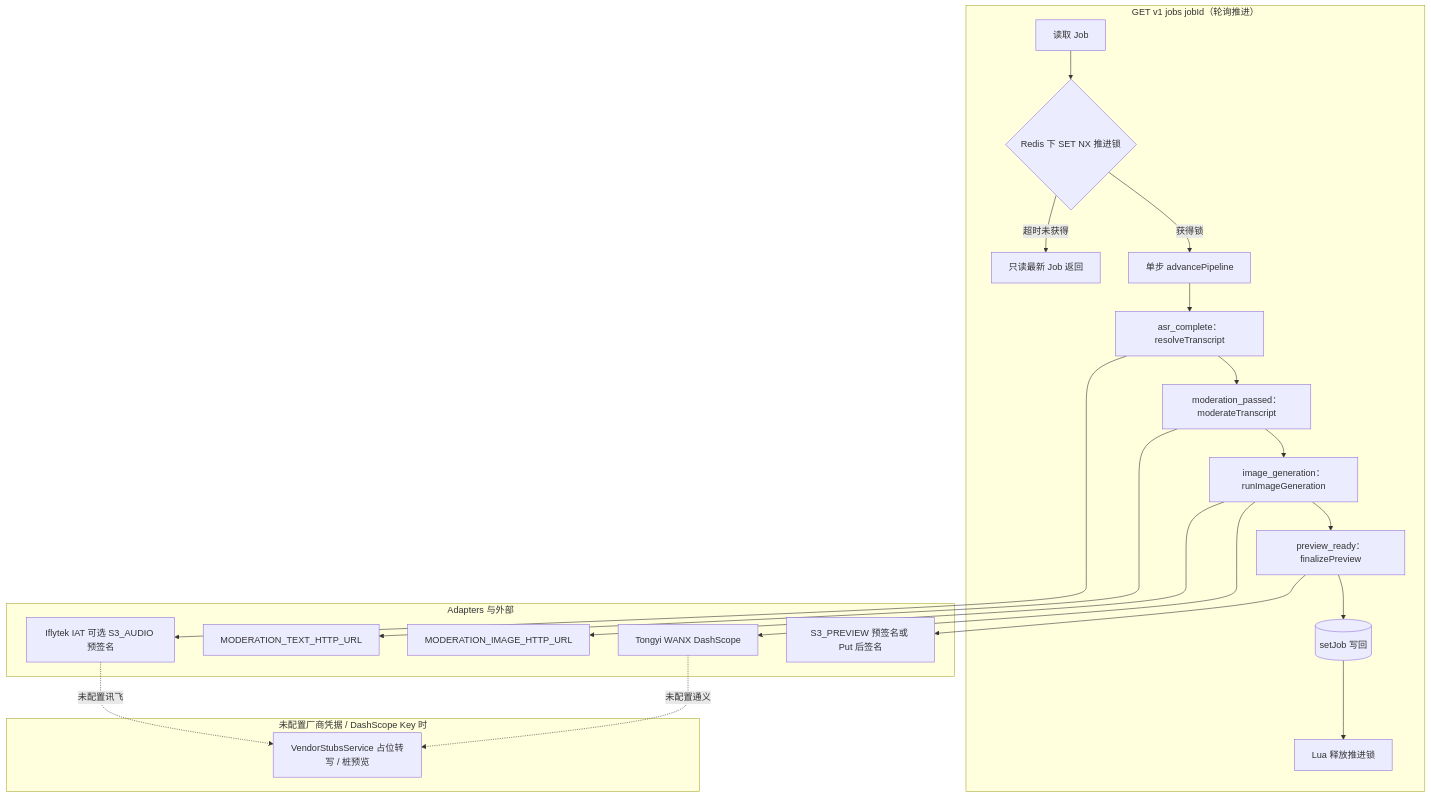
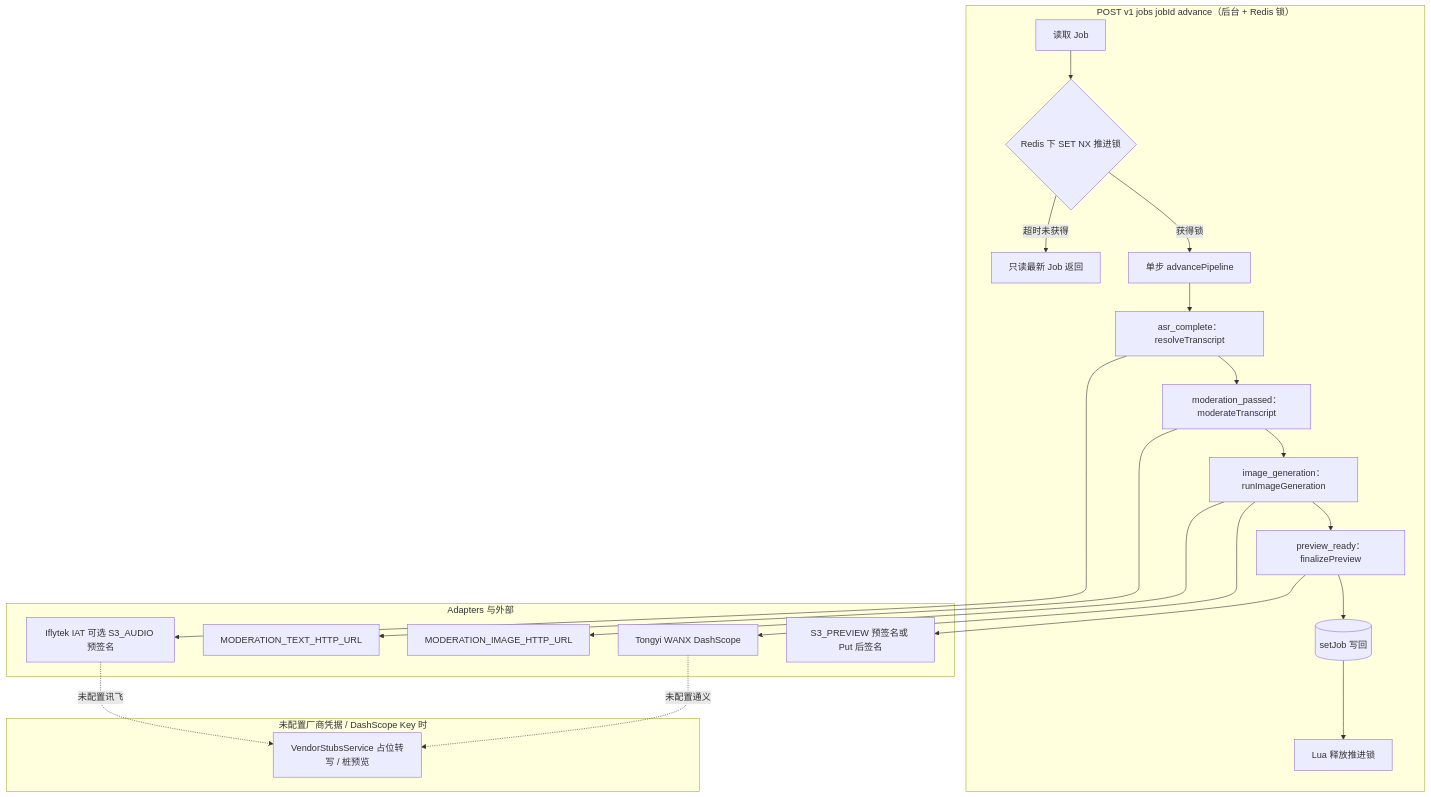
The third of 3 diagrams in doc/4. 服务器端设计.md (ivanzwb/fancy-print), drawn with Mermaid before and after one commit. The commit also changed other lines of this file and 21 other files, not shown here.

````diff
--- a/doc/4. 服务器端设计.md
+++ b/doc/4. 服务器端设计.md
@@ -169,31 +169,31 @@
 ```mermaid
 flowchart TB
-  subgraph poll["GET v1 jobs jobId（轮询推进）"]
+  subgraph poll["POST v1 jobs jobId advance（后台 + Redis 锁）"]
     RQ[读取 Job]
     LK{Redis 下 SET NX 推进锁}
     RQ --> LK
     LK -->|获得锁| ADV[单步 advancePipeline]
     LK -->|超时未获得| RD[只读最新 Job 返回]
     ADV --> T1[asr_complete：resolveTranscript]
     T1 --> T2[moderation_passed：moderateTranscript]
     T2 --> T3[image_generation：runImageGeneration]
     T3 --> T4[preview_ready：finalizePreview]
     T4 --> W1[(setJob 写回)]
     W1 --> REL[Lua 释放推进锁]
   end
 
   subgraph adapters["Adapters 与外部"]
     T1 --> H1[Iflytek IAT 可选 S3_AUDIO 预签名]
     T2 --> H2[MODERATION_TEXT_HTTP_URL]
     T3 --> H3[Tongyi WANX DashScope]
     T3 --> H4[MODERATION_IMAGE_HTTP_URL]
     T4 --> H5[S3_PREVIEW 预签名或 Put 后签名]
   end
 
   subgraph nosup["未配置厂商凭据 / DashScope Key 时"]
     STB[VendorStubsService 占位转写 / 桩预览]
   end
 
   H1 -.->|未配置讯飞| STB
   H3 -.->|未配置通义| STB
 ```
````
